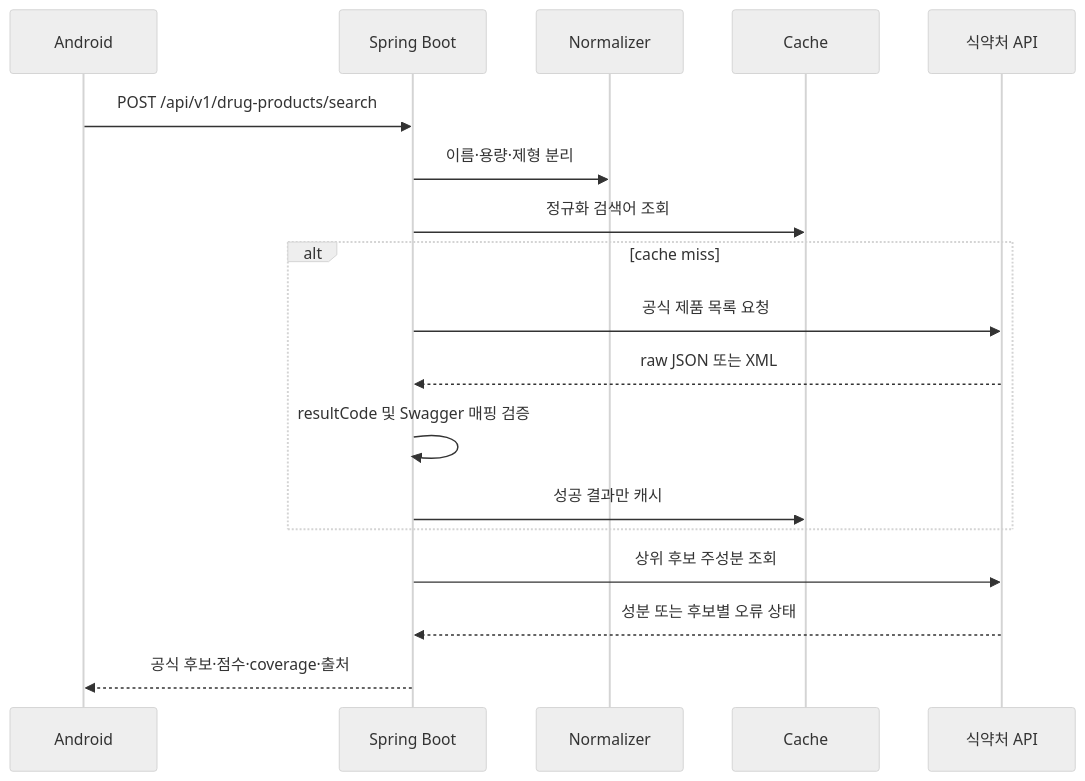
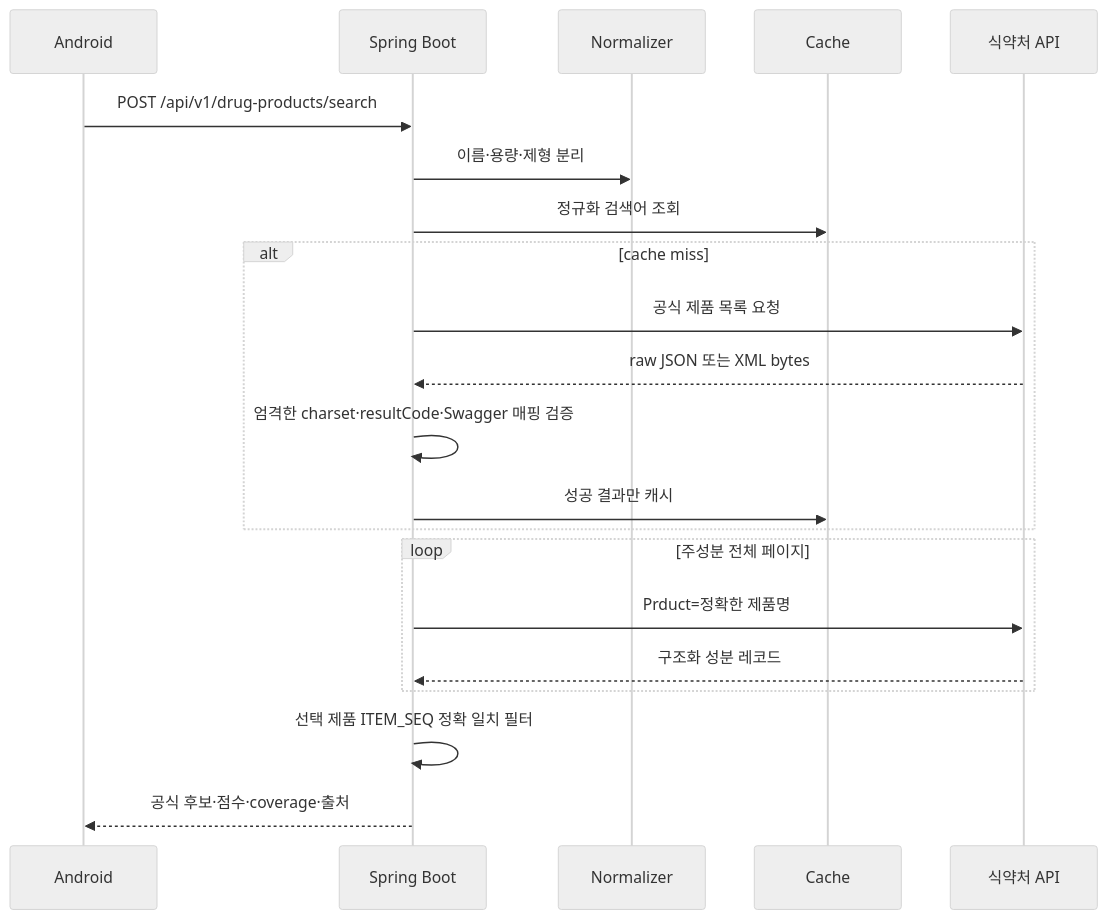
The second of 2 diagrams in backend/docs/architecture.md (tmdrua02/AX_Hackathon_Caviar), drawn with Mermaid (neutral theme) before and after one commit. The commit also changed other lines of this file and 24 other files, not shown here.

````diff
--- a/backend/docs/architecture.md
+++ b/backend/docs/architecture.md
@@ -24,21 +24,24 @@
 ```mermaid
 sequenceDiagram
     participant A as Android
     participant B as Spring Boot
     participant N as Normalizer
     participant C as Cache
     participant P as 식약처 API
 
     A->>B: POST /api/v1/drug-products/search
     B->>N: 이름·용량·제형 분리
     B->>C: 정규화 검색어 조회
     alt cache miss
         B->>P: 공식 제품 목록 요청
-        P-->>B: raw JSON 또는 XML
-        B->>B: resultCode 및 Swagger 매핑 검증
+        P-->>B: raw JSON 또는 XML bytes
+        B->>B: 엄격한 charset·resultCode·Swagger 매핑 검증
         B->>C: 성공 결과만 캐시
     end
-    B->>P: 상위 후보 주성분 조회
-    P-->>B: 성분 또는 후보별 오류 상태
+    loop 주성분 전체 페이지
+        B->>P: Prduct=정확한 제품명
+        P-->>B: 구조화 성분 레코드
+    end
+    B->>B: 선택 제품 ITEM_SEQ 정확 일치 필터
     B-->>A: 공식 후보·점수·coverage·출처
 ```
````
